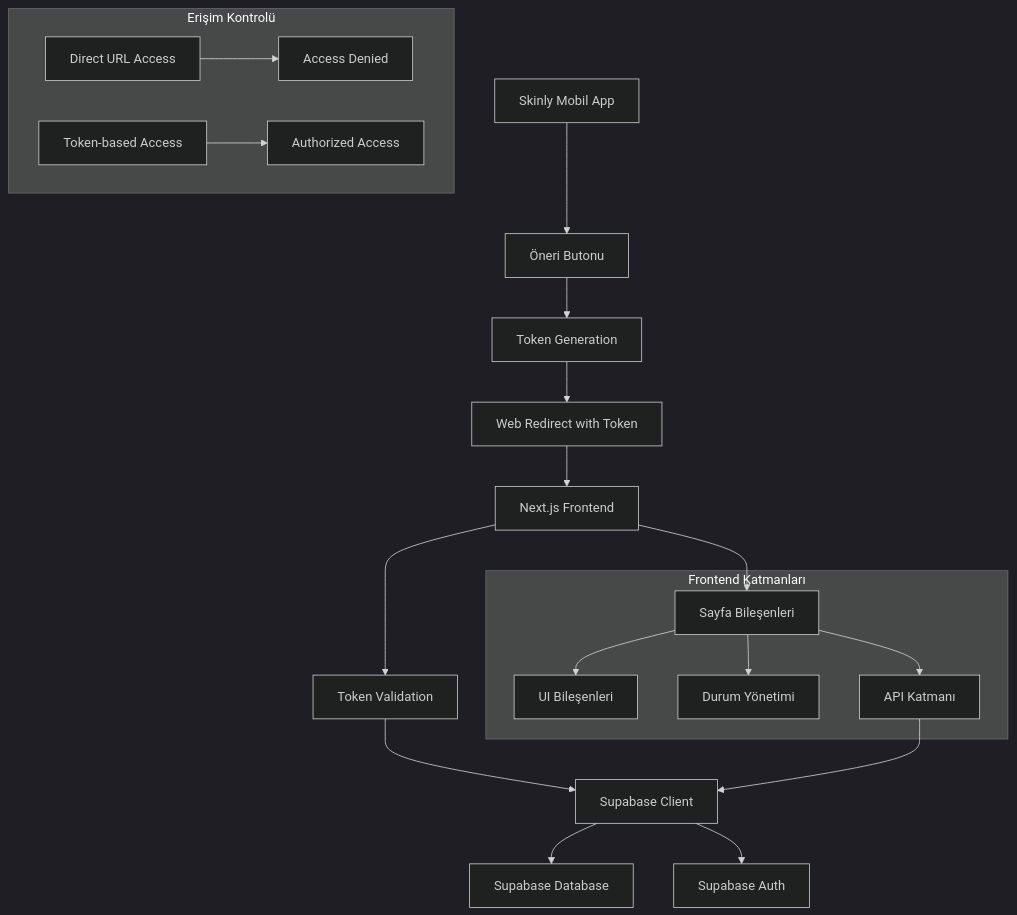
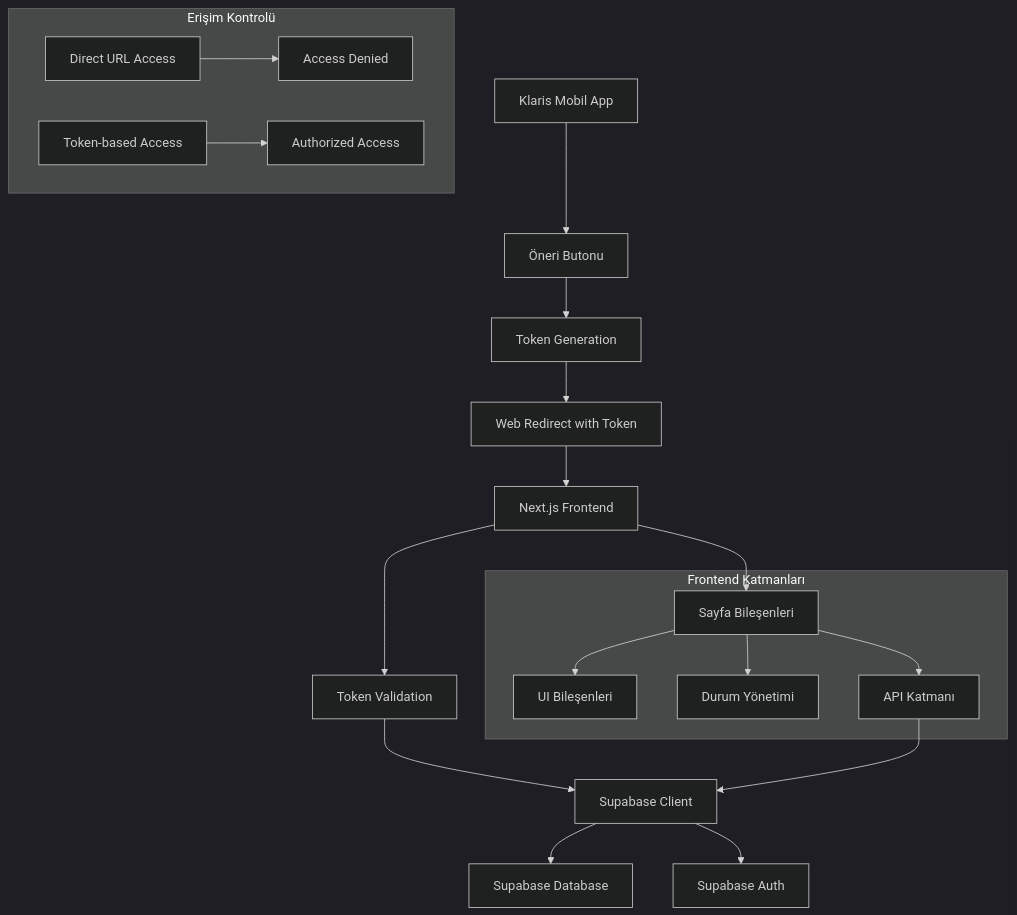
One commit to ygtcelk06/skiny-app-landing-page changed the diagram in .kiro/specs/skinly-feedback-voting/design.md. Above: the diagram before and after it, drawn with Mermaid (dark theme). The commit also changed other lines of this file and 26 other files, not shown here.

First line of the commit message:
Rebrand Skinly to Klaris, add klaris.png logo and update contact emails

````diff
--- a/.kiro/specs/skinly-feedback-voting/design.md
+++ b/.kiro/specs/skinly-feedback-voting/design.md
@@ -11,29 +11,29 @@
 ```mermaid
 graph TB
-    A[Skinly Mobil App] --> B[Öneri Butonu]
+    A[Klaris Mobil App] --> B[Öneri Butonu]
     B --> C[Token Generation]
     C --> D[Web Redirect with Token]
     D --> E[Next.js Frontend]
     E --> F[Token Validation]
     F --> G[Supabase Client]
     G --> H[Supabase Database]
     G --> I[Supabase Auth]
     
     subgraph "Erişim Kontrolü"
         J[Direct URL Access] --> K[Access Denied]
         L[Token-based Access] --> M[Authorized Access]
     end
     
     subgraph "Frontend Katmanları"
         N[Sayfa Bileşenleri]
         O[UI Bileşenleri]
         P[Durum Yönetimi]
         Q[API Katmanı]
     end
     
     E --> N
     N --> O
     N --> P
     N --> Q
     Q --> G
 ```
````
